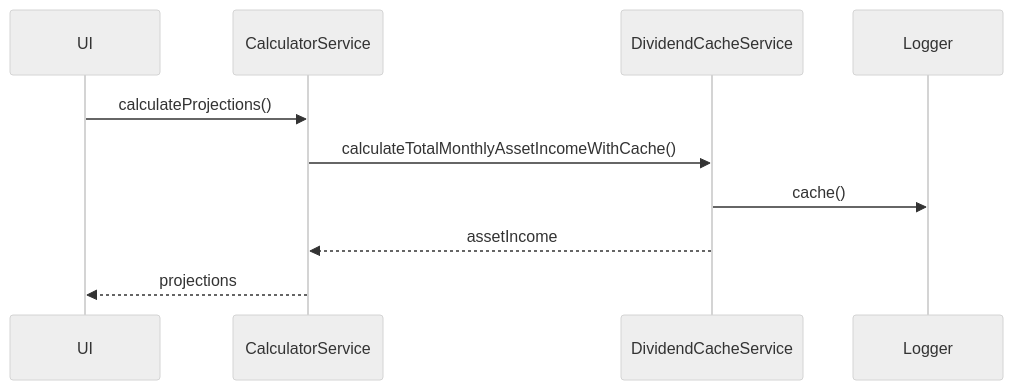
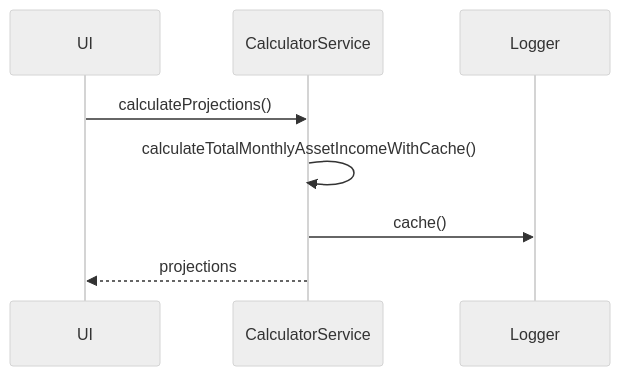
One commit to ChristianScheub/Typescript_PassivIncomeCalculator changed the third of 3 diagrams in src/service/calculatorService/README.md. Above: the diagram before and after it, drawn with Mermaid (neutral theme). The commit also changed other lines of this file and 28 other files, not shown here.

````diff
--- a/src/service/calculatorService/README.md
+++ b/src/service/calculatorService/README.md
@@ -87,12 +86,10 @@
 ```mermaid
 sequenceDiagram
     participant UI
     participant CalculatorService
-    participant DividendCacheService
     participant Logger
     UI->>CalculatorService: calculateProjections()
-    CalculatorService->>DividendCacheService: calculateTotalMonthlyAssetIncomeWithCache()
-    DividendCacheService->>Logger: cache()
-    DividendCacheService-->>CalculatorService: assetIncome
+    CalculatorService->>CalculatorService: calculateTotalMonthlyAssetIncomeWithCache()
+    CalculatorService->>Logger: cache()
     CalculatorService-->>UI: projections
 ```
````
